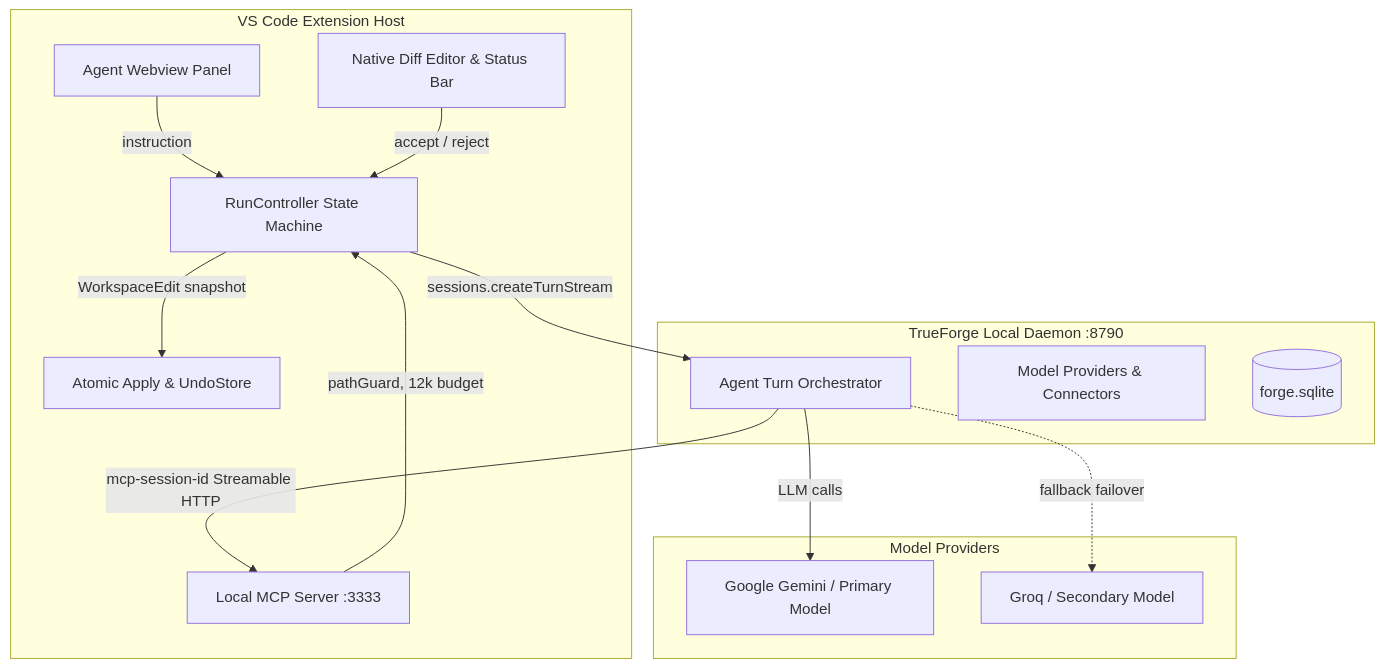
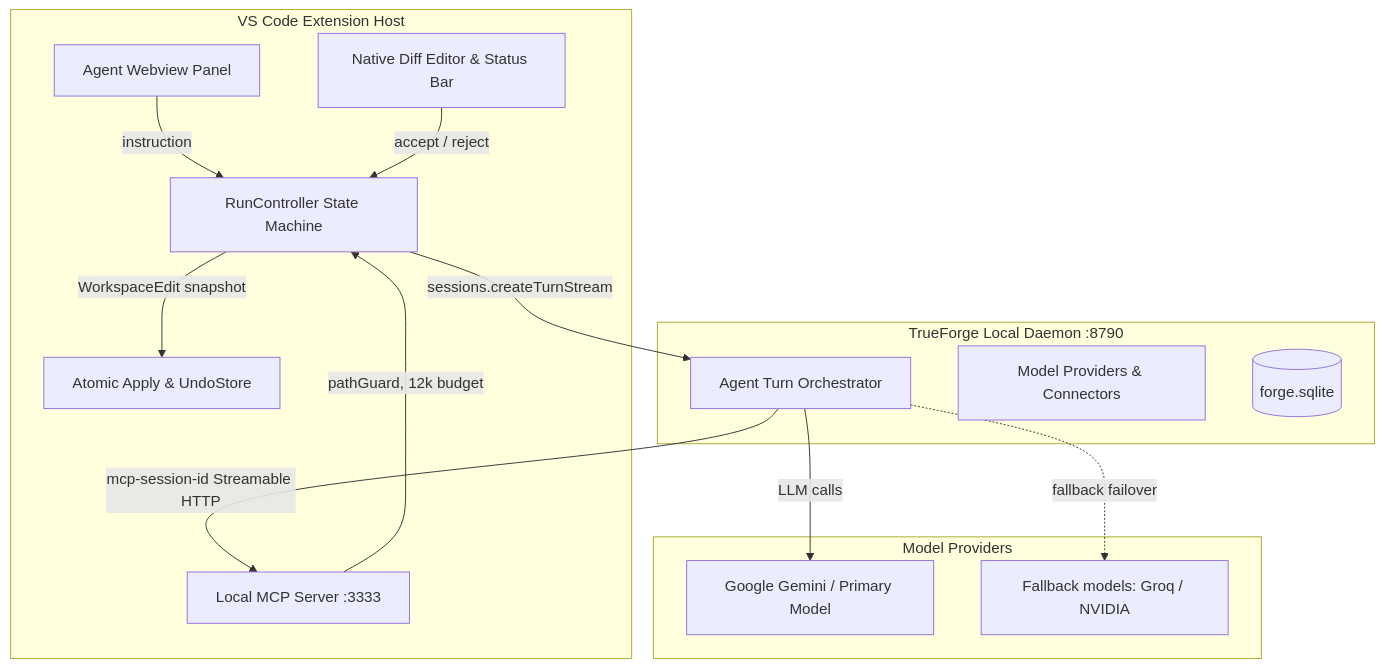
The diagram in docs/writeup/section3-architecture.md (Dev-43/forgetrail), drawn with Mermaid before and after one commit. The commit also changed 7 other files, not shown here.

````diff
--- a/docs/writeup/section3-architecture.md
+++ b/docs/writeup/section3-architecture.md
@@ -3,30 +3,30 @@
 ```mermaid
 graph TD
     subgraph VS Code Extension Host
         UI[Native Diff Editor & Status Bar]
         Panel[Agent Webview Panel]
         RC[RunController State Machine]
         MCP[Local MCP Server :3333]
         Undo[Atomic Apply & UndoStore]
     end
 
     subgraph TrueForge Local Daemon :8790
         Engine[Agent Turn Orchestrator]
         Catalogs[Model Providers & Connectors]
         DB[(forge.sqlite)]
     end
 
     subgraph Model Providers
         Primary[Google Gemini / Primary Model]
-        Secondary[Groq / Secondary Model]
+        Secondary[Fallback models: Groq / NVIDIA]
     end
 
     Panel -->|instruction| RC
     UI -->|accept / reject| RC
     RC -->|sessions.createTurnStream| Engine
     Engine -->|mcp-session-id Streamable HTTP| MCP
     MCP -->|pathGuard, 12k budget| RC
     Engine -->|LLM calls| Primary
     Engine -.->|fallback failover| Secondary
     RC -->|WorkspaceEdit snapshot| Undo
 ```
````
